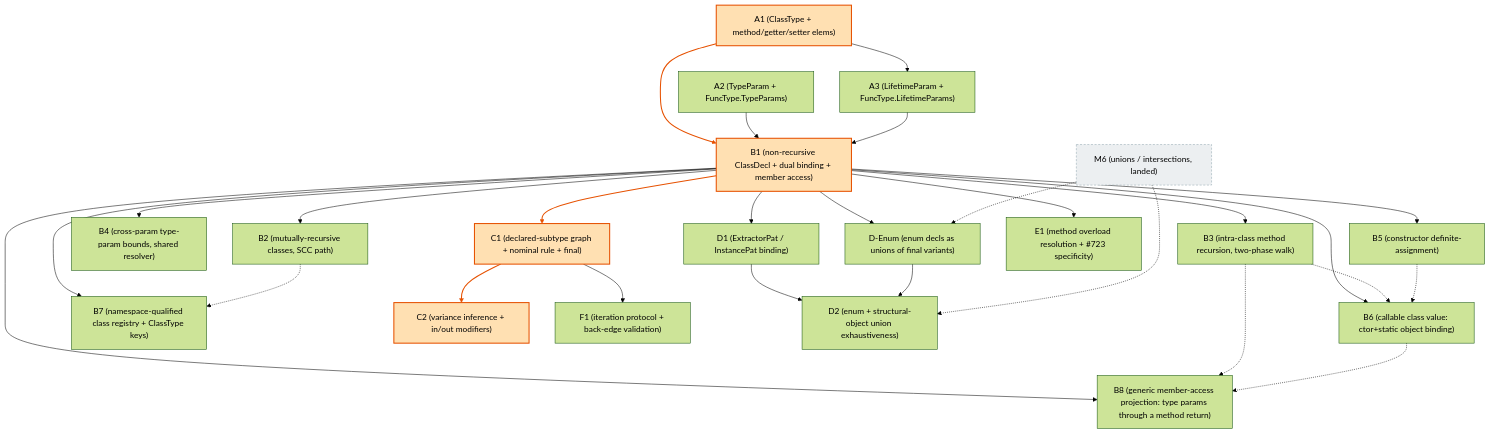
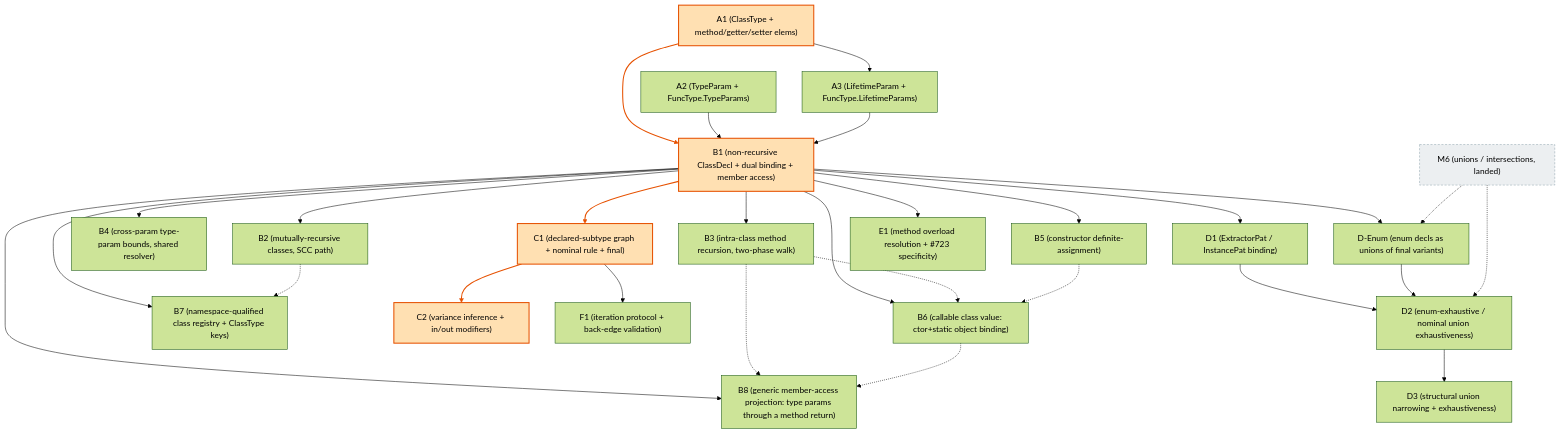
The diagram in planning/simple_sub/m5-implementation-plan.md (escalier-lang/escalier), drawn with Mermaid (forest theme) before and after one commit. The commit also changed other lines of this file and 4 other files, not shown here.

First line of the commit message:
Add enum variant coverage to match exhaustiveness checking (#877)

````diff
--- a/planning/simple_sub/m5-implementation-plan.md
+++ b/planning/simple_sub/m5-implementation-plan.md
@@ -1394,55 +1470,57 @@
 ```mermaid
 graph TD
     A1["A1 (ClassType + method/getter/setter elems)"]
     A2["A2 (TypeParam + FuncType.TypeParams)"]
     A3["A3 (LifetimeParam + FuncType.LifetimeParams)"]
     B1["B1 (non-recursive ClassDecl + dual binding + member access)"]
     B2["B2 (mutually-recursive classes, SCC path)"]
     B3["B3 (intra-class method recursion, two-phase walk)"]
     B4["B4 (cross-param type-param bounds, shared resolver)"]
     B5["B5 (constructor definite-assignment)"]
     B6["B6 (callable class value: ctor+static object binding)"]
     B7["B7 (namespace-qualified class registry + ClassType keys)"]
     B8["B8 (generic member-access projection: type params through a method return)"]
     C1["C1 (declared-subtype graph + nominal rule + final)"]
     C2["C2 (variance inference + in/out modifiers)"]
     F1["F1 (iteration protocol + back-edge validation)"]
     D1["D1 (ExtractorPat / InstancePat binding)"]
     DEnum["D-Enum (enum decls as unions of final variants)"]
-    D2["D2 (enum + structural-object union exhaustiveness)"]
+    D2["D2 (enum-exhaustive / nominal union exhaustiveness)"]
+    D3["D3 (structural union narrowing + exhaustiveness)"]
     E1["E1 (method overload resolution + #723 specificity)"]
     M6["M6 (unions / intersections, landed)"]
 
     A1 --> B1
     A1 --> A3
     A2 --> B1
     A3 --> B1
     B1 --> B2
     B1 --> B3
     B1 --> B4
     B1 --> B5
     B1 --> C1
     B1 --> D1
     B1 --> DEnum
     B1 --> E1
     C1 --> C2
     C1 --> F1
     D1 --> D2
     DEnum --> D2
+    D2 --> D3
     M6 -.-> DEnum
     M6 -.-> D2
     B1 --> B6
     B3 -.-> B6
     B5 -.-> B6
     B1 --> B7
     B2 -.-> B7
     B1 --> B8
     B3 -.-> B8
     B6 -.-> B8
 
     classDef crit fill:#ffe0b2,stroke:#e65100,stroke-width:2px,color:#000;
     classDef landed fill:#eceff1,stroke:#90a4ae,stroke-dasharray:4 3,color:#000;
     class A1,B1,C1,C2 crit;
     class M6 landed;
     linkStyle 0,8,12 stroke:#e65100,stroke-width:2px;
 ```
````
